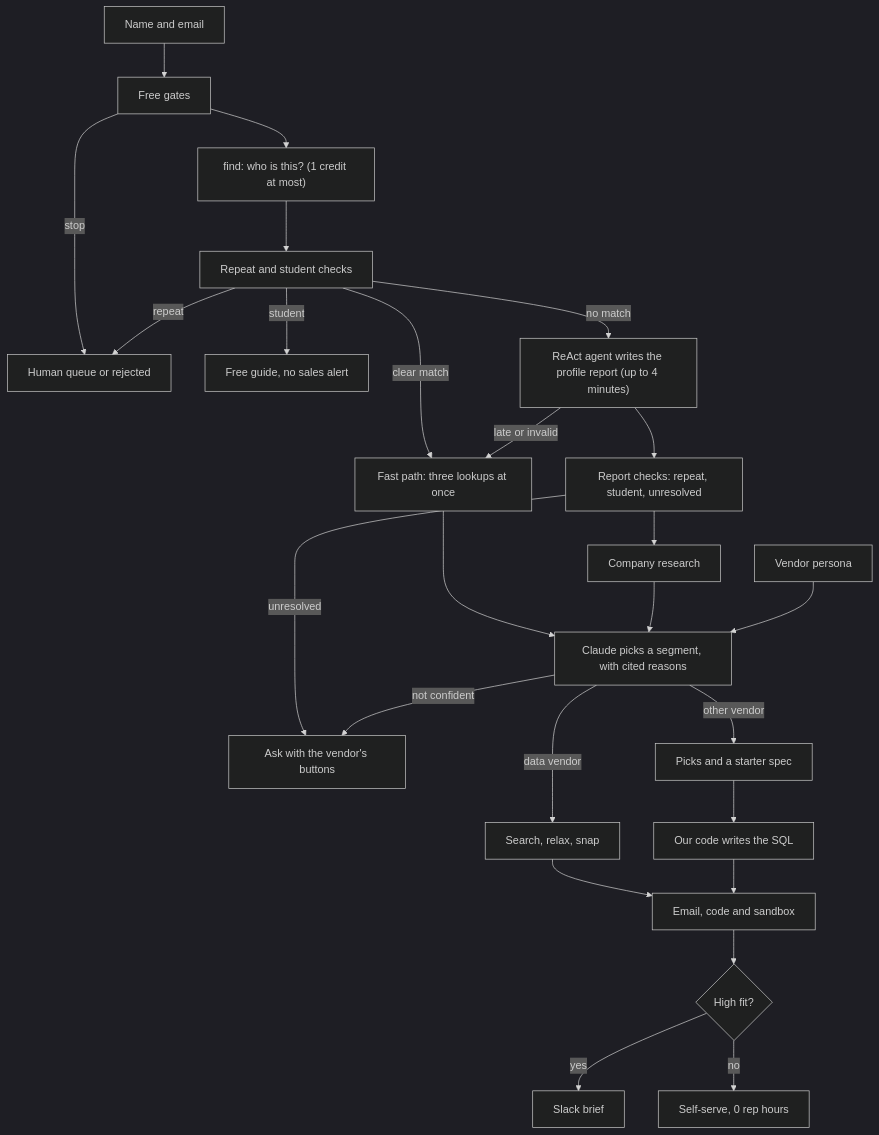
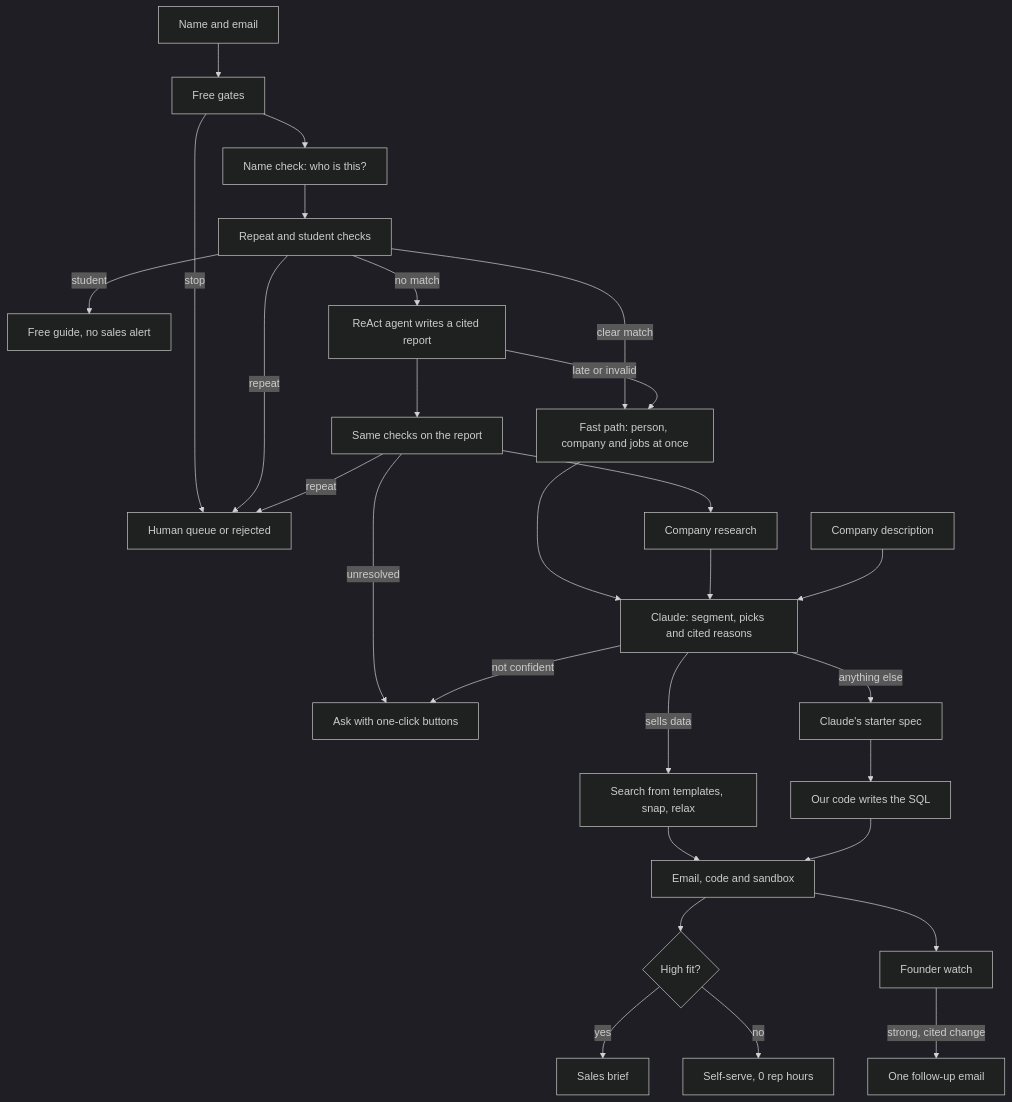
Before and after one commit to vivi27x/CrustFlow: the diagram in README.md, drawn with Mermaid (dark theme). The commit also changed other lines of this file and 11 other files, not shown here.

````diff
--- a/README.md
+++ b/README.md
@@ -82,27 +141,30 @@
 ```mermaid
 flowchart TD
     A[Name and email] --> B[Free gates]
     B -->|stop| H[Human queue or rejected]
-    B --> C["find: who is this? (1 credit at most)"]
+    B --> C["Name check: who is this?"]
     C --> D[Repeat and student checks]
     D -->|repeat| H
     D -->|student| S[Free guide, no sales alert]
-    D -->|clear match| E[Fast path: three lookups at once]
-    D -->|no match| L["ReAct agent writes the profile report (up to 4 minutes)"]
+    D -->|clear match| E["Fast path: person, company and jobs at once"]
+    D -->|no match| L["ReAct agent writes a cited report"]
     L -->|late or invalid| E
-    L --> X[Report checks: repeat, student, unresolved]
-    X -->|unresolved| Q[Ask with the vendor's buttons]
+    L --> X[Same checks on the report]
+    X -->|repeat| H
+    X -->|unresolved| Q[Ask with one-click buttons]
+    X --> Y[Company research]
     E --> F
-    X --> Y[Company research]
     Y --> F
-    P[Vendor persona] --> F[Claude picks a segment, with cited reasons]
+    P[Company description] --> F["Claude: segment, picks and cited reasons"]
     F -->|not confident| Q
-    F -->|data vendor| G[Search, relax, snap]
-    F -->|other vendor| M[Picks and a starter spec]
+    F -->|sells data| G["Search from templates, snap, relax"]
+    F -->|anything else| M["Claude's starter spec"]
     M --> T[Our code writes the SQL]
     G --> I[Email, code and sandbox]
     T --> I
     I --> R{High fit?}
-    R -->|yes| J[Slack brief]
+    R -->|yes| J[Sales brief]
     R -->|no| K[Self-serve, 0 rep hours]
+    I --> W[Founder watch]
+    W -->|strong, cited change| Z[One follow-up email]
 ```
````
